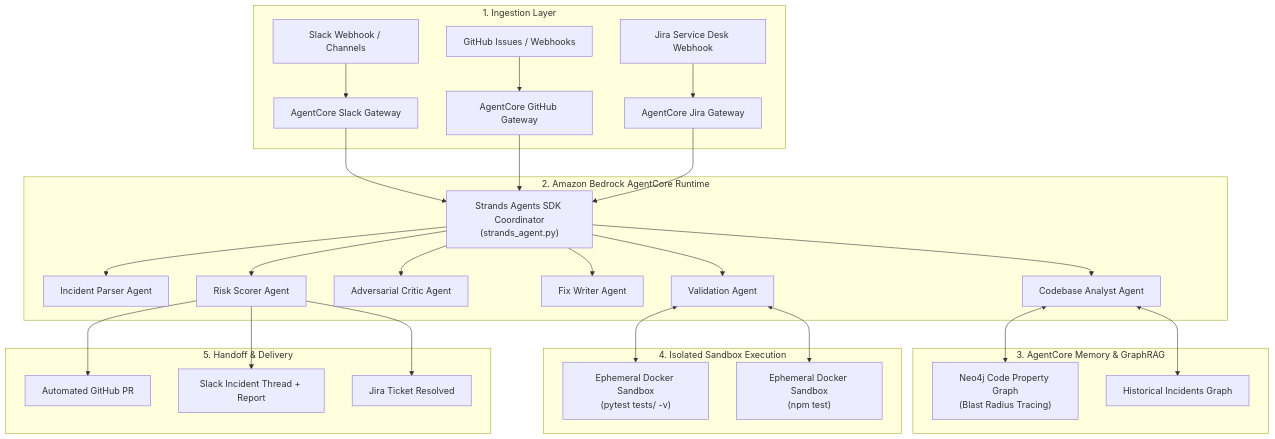
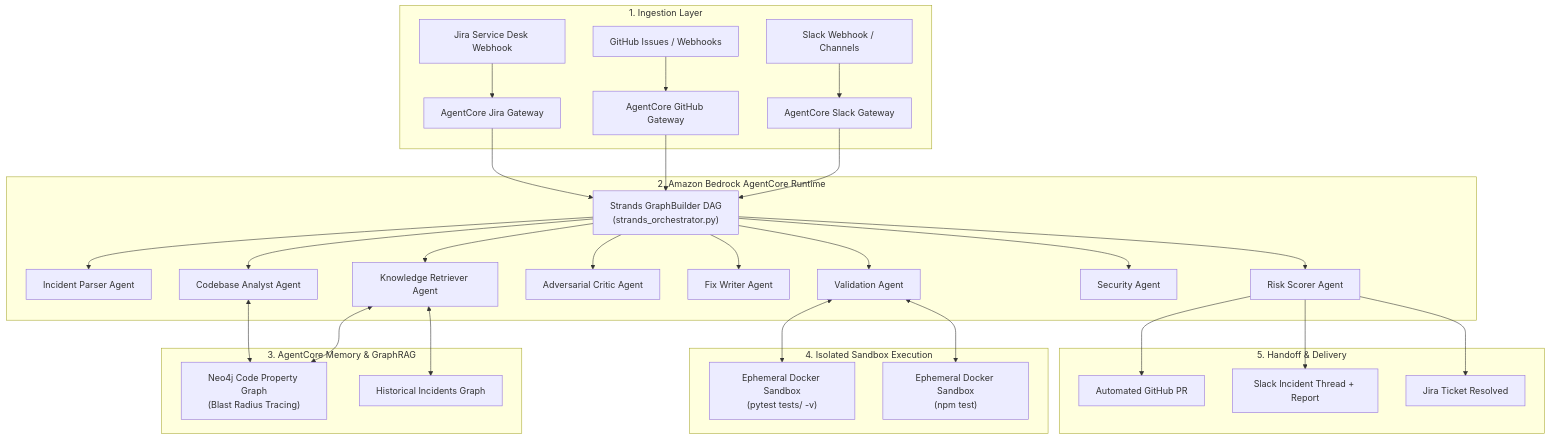
The diagram in README.md (iykyk-vedant/AWS-AFH), drawn with Mermaid before and after one commit. The commit also changed other lines of this file and 11 other files, not shown here.

Commit message:
feat: upgrade Strands pipeline to 9 agents, wire knowledge retriever, and refine docs

````diff
--- a/README.md
+++ b/README.md
@@ -63,37 +63,40 @@
 ```mermaid
 graph TD
     subgraph TriggerLayer ["1. Ingestion Layer"]
         Slack["Slack Webhook / Channels"] --> GW_Slack["AgentCore Slack Gateway"]
         GitHub["GitHub Issues / Webhooks"] --> GW_GH["AgentCore GitHub Gateway"]
         Jira["Jira Service Desk Webhook"] --> GW_Jira["AgentCore Jira Gateway"]
     end
 
     subgraph AgentCoreRuntime ["2. Amazon Bedrock AgentCore Runtime"]
-        GW_Slack --> StrandsCoordinator["Strands Agents SDK Coordinator\n(strands_agent.py)"]
+        GW_Slack --> StrandsCoordinator["Strands GraphBuilder DAG\n(strands_orchestrator.py)"]
         GW_GH --> StrandsCoordinator
         GW_Jira --> StrandsCoordinator
 
         StrandsCoordinator --> Parser["Incident Parser Agent"]
+        StrandsCoordinator --> Retriever["Knowledge Retriever Agent"]
         StrandsCoordinator --> Analyst["Codebase Analyst Agent"]
         StrandsCoordinator --> Critic["Adversarial Critic Agent"]
         StrandsCoordinator --> FixWriter["Fix Writer Agent"]
         StrandsCoordinator --> Validator["Validation Agent"]
+        StrandsCoordinator --> Security["Security Agent"]
         StrandsCoordinator --> Scorer["Risk Scorer Agent"]
     end
 
     subgraph MemoryLayer ["3. AgentCore Memory & GraphRAG"]
-        Analyst <--> Neo4j["Neo4j Code Property Graph\n(Blast Radius Tracing)"]
-        Analyst <--> History["Historical Incidents Graph"]
+        Retriever <--> Neo4j["Neo4j Code Property Graph\n(Blast Radius Tracing)"]
+        Analyst <--> Neo4j
+        Retriever <--> History["Historical Incidents Graph"]
     end
 
     subgraph SandboxLayer ["4. Isolated Sandbox Execution"]
         Validator <--> DockerPython["Ephemeral Docker Sandbox\n(pytest tests/ -v)"]
         Validator <--> DockerNode["Ephemeral Docker Sandbox\n(npm test)"]
     end
 
     subgraph OutputLayer ["5. Handoff & Delivery"]
         Scorer --> PR["Automated GitHub PR"]
         Scorer --> SlackReport["Slack Incident Thread + Report"]
         Scorer --> JiraUpdate["Jira Ticket Resolved"]
     end
 ```
````
